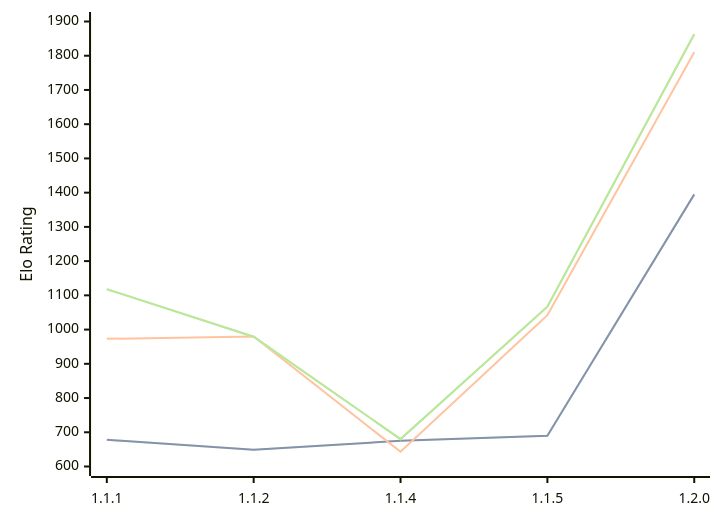
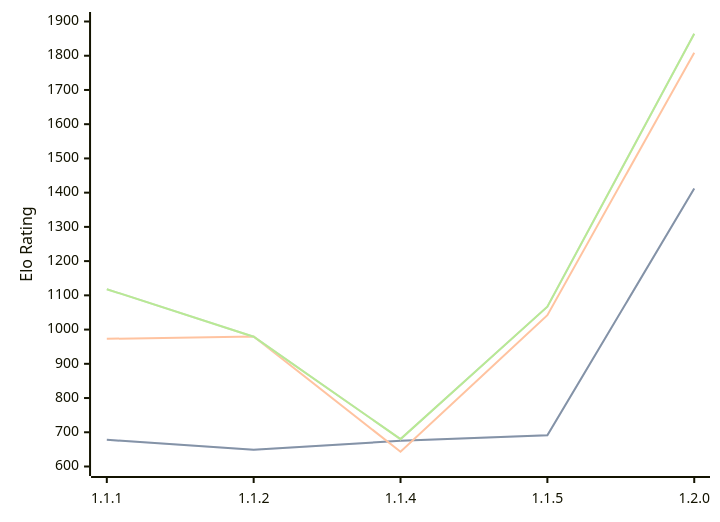
The diagram in engines/ChessCore.md (computer-chess-index/cci), drawn with Mermaid before and after one commit. The commit also changed other lines of this file, not shown here.

Commit message:
Update CCI Ratings (ELO VLTC) - 2026-07-22

````diff
--- a/engines/ChessCore.md
+++ b/engines/ChessCore.md
@@ -36,11 +36,11 @@
 ```mermaid
 %%{init: {"theme":"base","themeVariables":{"seriesColors:['#a3a3a3','#222221','#faa371']}}}%%
 xychart-beta
   x-axis ["1.1.1", "1.1.2", "1.1.4", "1.1.5", "1.2.0"]
   y-axis "Elo Rating" 600 --> 1900
-  line "STC (8.0+0.08s)" [678, 649, 675, 690, 1395]
-  line "STC (8.0+0.08s)" [678, 649, 675, 690, 1395]
-  line "LTC (60.0+0.60s)" [973, 980, 643, 1042, 1810]
-  line "VLTC (2m24s+1.12s)" [1118, 979, 680, 1067, 1863]
-  line "VLTC (2m24s+1.12s)" [1118, 979, 680, 1067, 1863]
+  line "STC (8.0+0.08s)" [678, 649, 675, 691, 1412]
+  line "STC (8.0+0.08s)" [678, 649, 675, 691, 1412]
+  line "LTC (60.0+0.60s)" [973, 980, 643, 1042, 1809]
+  line "VLTC (2m24s+1.12s)" [1118, 979, 680, 1067, 1864]
+  line "VLTC (2m24s+1.12s)" [1118, 979, 680, 1067, 1864]
 ```
````
